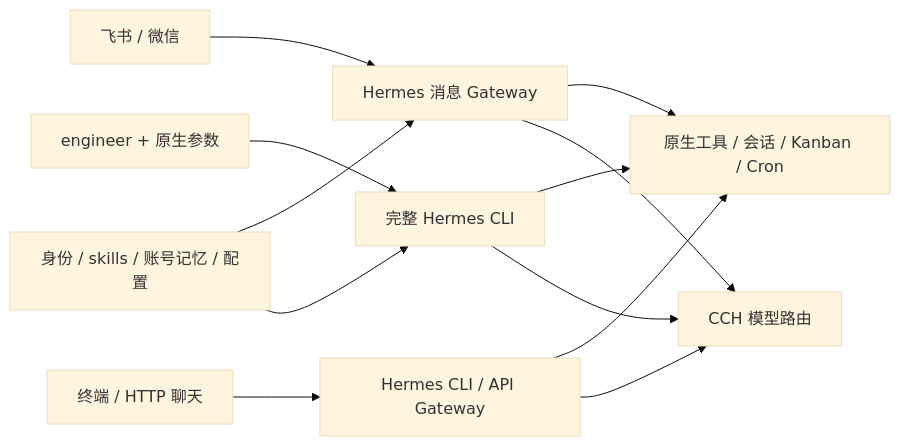
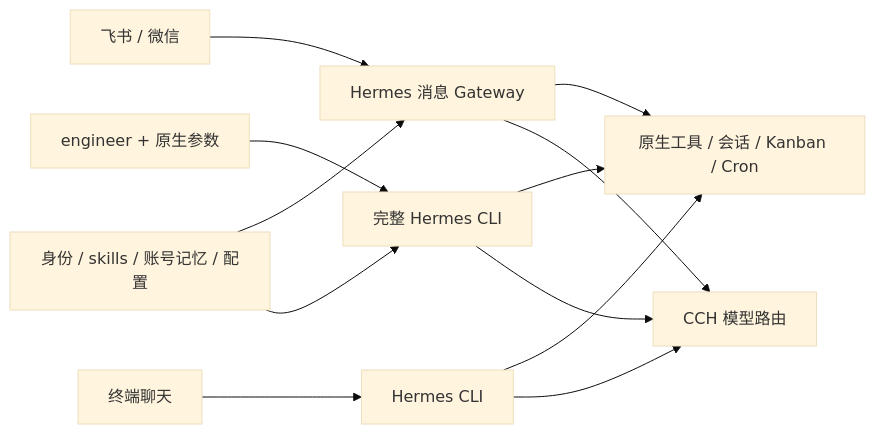
The diagram in docs/architecture/README.md (Ceng-0324/MIKASA), drawn with Mermaid (base theme) before and after one commit. The commit also changed other lines of this file and 46 other files, not shown here.

Commit message:
refactor: retire legacy HTTP chat layer

````diff
--- a/docs/architecture/README.md
+++ b/docs/architecture/README.md
@@ -5,14 +5,14 @@
 ```mermaid
 flowchart LR
     Messaging[飞书 / 微信] --> Gateway[Hermes 消息 Gateway]
-    Chat[终端 / HTTP 聊天] --> NativeChat[Hermes CLI / API Gateway]
+    Chat[终端聊天] --> NativeChat[Hermes CLI]
     Engineer[engineer + 原生参数] --> CLI[完整 Hermes CLI]
     CLI --> Tools[原生工具 / 会话 / Kanban / Cron]
     Gateway --> Tools
     NativeChat --> Tools
     Gateway --> CCH[CCH 模型路由]
     NativeChat --> CCH
     CLI --> CCH
     Mikasa[身份 / skills / 账号记忆 / 配置] --> Gateway
     Mikasa --> CLI
 ```
````
